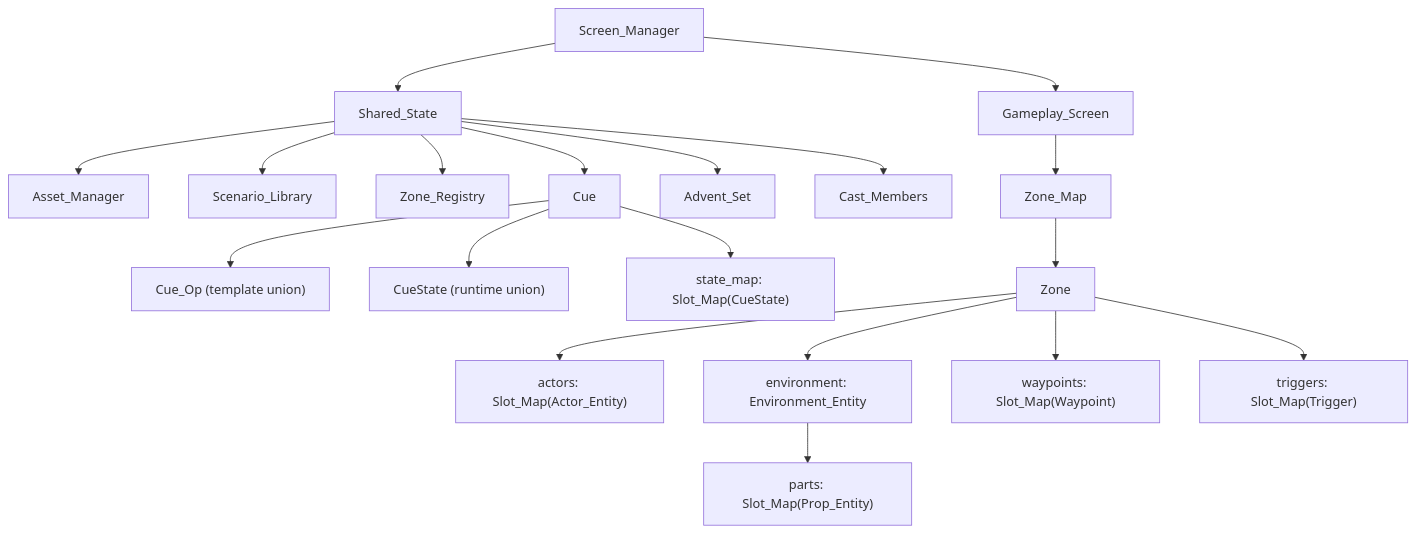
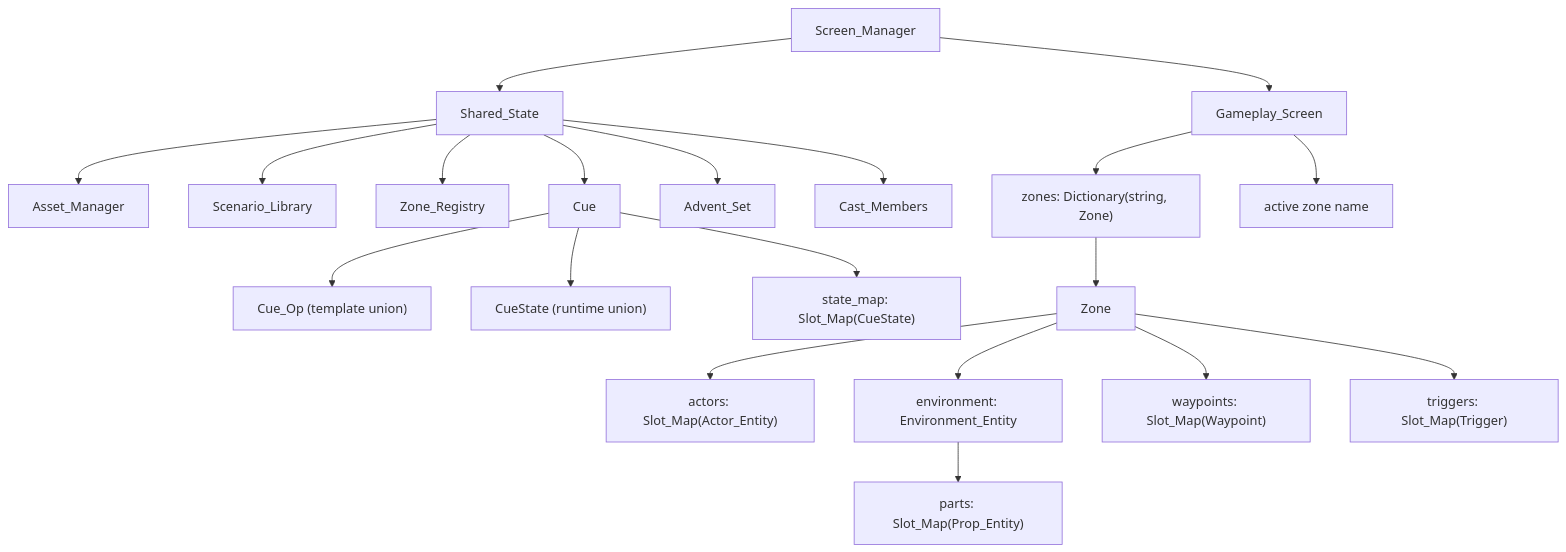
One commit to fswadling/Sugoi changed the diagram in docs/ARCHITECTURE.md. Above: the diagram before and after it, drawn with Mermaid. The commit also changed other lines of this file and 29 other files, not shown here.

Commit message:
Implement 024 multiple zones: name-keyed container, detach/attach switch, add/select/delete, per-zone player and undo

````diff
--- a/docs/ARCHITECTURE.md
+++ b/docs/ARCHITECTURE.md
@@ -127,25 +137,26 @@
 ```mermaid
 graph TD
     SM[Screen_Manager] --> SS[Shared_State]
     SM --> GS[Gameplay_Screen]
     SS --> AM[Asset_Manager]
     SS --> SL[Scenario_Library]
     SS --> ZR[Zone_Registry]
     SS --> C[Cue]
     SS --> ADV[Advent_Set]
     SS --> CAST[Cast_Members]
 
-    GS --> ZM[Zone_Map]
-    ZM --> Z[Zone]
+    GS --> ZONES["zones: Dictionary(string, Zone)"]
+    GS --> ACTIVE["active zone name"]
+    ZONES --> Z[Zone]
 
     Z --> SA["actors: Slot_Map(Actor_Entity)"]
     Z --> ENV["environment: Environment_Entity"]
     Z --> SW["waypoints: Slot_Map(Waypoint)"]
     Z --> ST["triggers: Slot_Map(Trigger)"]
 
     ENV --> SP["parts: Slot_Map(Prop_Entity)"]
 
     C --> COP["Cue_Op (template union)"]
     C --> CST["CueState (runtime union)"]
     C --> CSM["state_map: Slot_Map(CueState)"]
 ```
````
